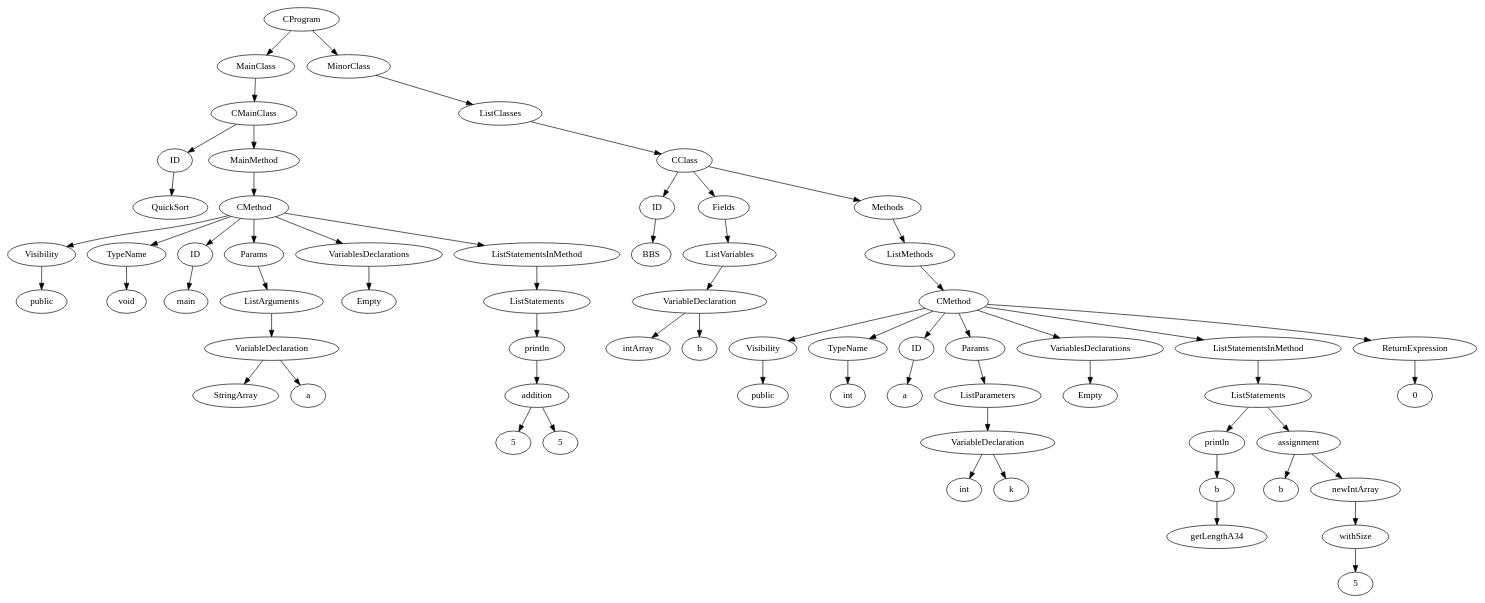
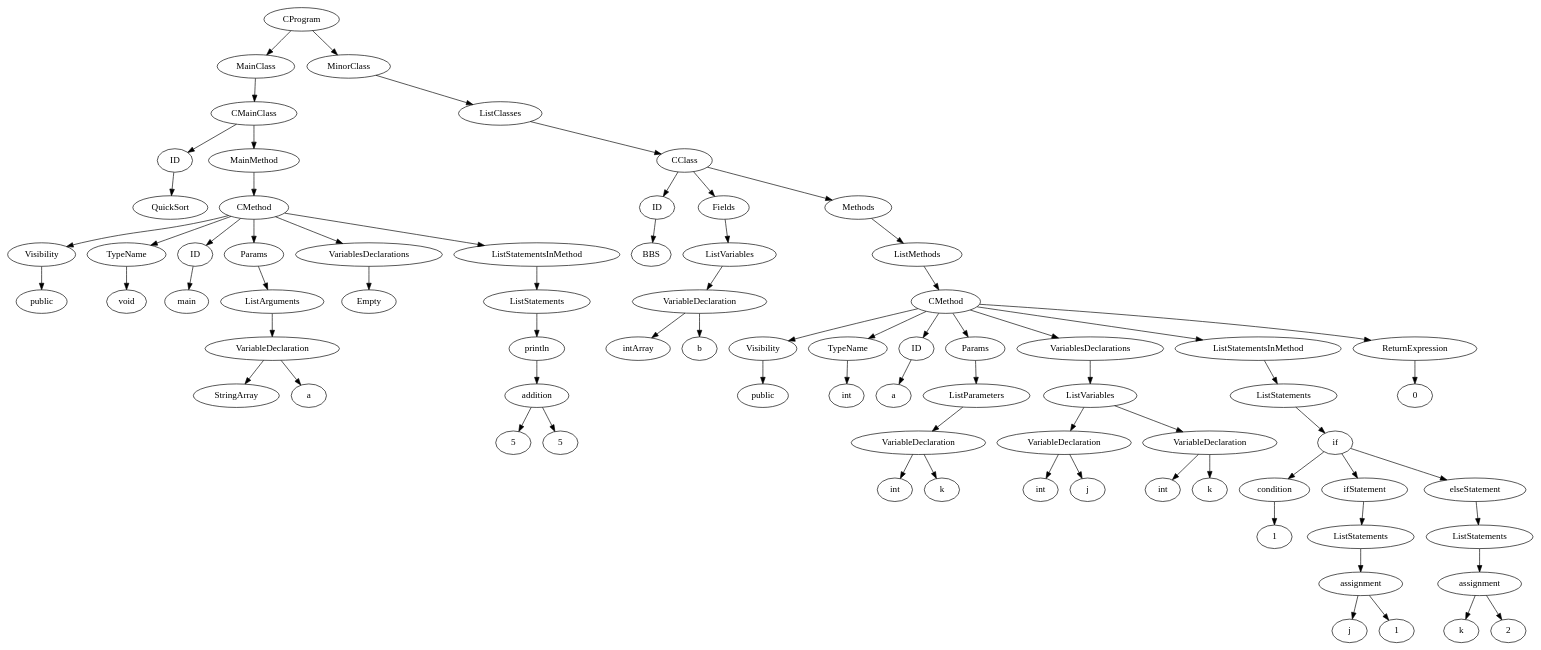
The diagram in graph.dot (krivchnik/ProtivoGaZiK), drawn with Graphviz before and after one commit. The commit also changed 3 other files, not shown here.

```diff
--- a/graph.dot
+++ b/graph.dot
@@ -1,34 +1,41 @@
 digraph task1 {
 	{CProgramA1[label="CProgram"]} -> {MainClassA1[label="MainClass"]} -> {CMainClassA2[label="CMainClass"]} -> {IDA2[label="ID"]} -> {A3[label="QuickSort"]};
 	{CMainClassA2[label="CMainClass"]} -> {MainMethodA2[label="MainMethod"]} -> {CMethodA4[label="CMethod"]} -> {VisibilityA4[label="Visibility"]} -> {publicA4[label="public"]};
 	{CMethodA4[label="CMethod"]} -> {TypeNameA4[label="TypeName"]} -> {voidA4[label="void"]};
 	{CMethodA4[label="CMethod"]} -> {IDA4[label="ID"]} -> {A5[label="main"]};
 	{CMethodA4[label="CMethod"]} -> {ParamsA4[label="Params"]} -> {ListA6[label="ListArguments"]} -> {VariableDeclarationA7[label="VariableDeclaration"]} -> {StringArrayA8[label="StringArray"]};
 	{VariableDeclarationA7[label="VariableDeclaration"]} -> {aA9[label="a"]};
 	{CMethodA4[label="CMethod"]} -> {VariablesDeclarationsA4[label="VariablesDeclarations"]} -> {EmptyA10[label="Empty"]};
 	{CMethodA4[label="CMethod"]} -> {ListStatementsInMethodA4[label="ListStatementsInMethod"]} -> {ListA11[label="ListStatements"]} -> {printlnA12[label="println"]} -> {additionA13[label="addition"]} -> {NumberA14[label="5"]};
 	{additionA13[label="addition"]} -> {NumberA15[label="5"]};
 	{CProgramA1[label="CProgram"]} -> {MinorClassA1[label="MinorClass"]} -> {ListA16[label="ListClasses"]} -> {CClassA17[label="CClass"]} -> {IDA17[label="ID"]} -> {A18[label="BBS"]};
 	{CClassA17[label="CClass"]} -> {FieldsA17[label="Fields"]} -> {ListA19[label="ListVariables"]} -> {VariableDeclarationA20[label="VariableDeclaration"]} -> {intArrayA21[label="intArray"]};
 	{VariableDeclarationA20[label="VariableDeclaration"]} -> {bA22[label="b"]};
 	{CClassA17[label="CClass"]} -> {MethodsA17[label="Methods"]} -> {ListA23[label="ListMethods"]} -> {CMethodA24[label="CMethod"]} -> {VisibilityA24[label="Visibility"]} -> {publicA24[label="public"]};
 	{CMethodA24[label="CMethod"]} -> {TypeNameA24[label="TypeName"]} -> {intA24[label="int"]};
 	{CMethodA24[label="CMethod"]} -> {IDA24[label="ID"]} -> {A25[label="a"]};
 	{CMethodA24[label="CMethod"]} -> {ParamsA24[label="Params"]} -> {ListA26[label="ListParameters"]} -> {VariableDeclarationA27[label="VariableDeclaration"]} -> {intA28[label="int"]};
 	{VariableDeclarationA27[label="VariableDeclaration"]} -> {kA29[label="k"]};
-	{CMethodA24[label="CMethod"]} -> {VariablesDeclarationsA24[label="VariablesDeclarations"]} -> {EmptyA30[label="Empty"]};
-	{CMethodA24[label="CMethod"]} -> {ListStatementsInMethodA24[label="ListStatementsInMethod"]} -> {ListA31[label="ListStatements"]} -> {printlnA32[label="println"]} -> {A34[label="b"]} -> getLengthA34;
-	{ListA31[label="ListStatements"]} -> {assignmentA35[label="assignment"]} -> {A36[label="b"]};
-	{assignmentA35[label="assignment"]} -> {newIntArrayA37[label="newIntArray"]} -> {withSizeA37[label="withSize"]} -> {NumberA38[label="5"]};
-	{CMethodA24[label="CMethod"]} -> {ReturnExpressionA24[label="ReturnExpression"]} -> {NumberA39[label="0"]};
+	{CMethodA24[label="CMethod"]} -> {VariablesDeclarationsA24[label="VariablesDeclarations"]} -> {ListA30[label="ListVariables"]} -> {VariableDeclarationA31[label="VariableDeclaration"]} -> {intA32[label="int"]};
+	{VariableDeclarationA31[label="VariableDeclaration"]} -> {jA33[label="j"]};
+	{ListA30[label="ListVariables"]} -> {VariableDeclarationA34[label="VariableDeclaration"]} -> {intA35[label="int"]};
+	{VariableDeclarationA34[label="VariableDeclaration"]} -> {kA36[label="k"]};
+	{CMethodA24[label="CMethod"]} -> {ListStatementsInMethodA24[label="ListStatementsInMethod"]} -> {ListA37[label="ListStatements"]} -> {ifA38[label="if"]} -> {conditionA38[label="condition"]} -> {BoolA39[label="1"]};
+	{ifA38[label="if"]} -> {ifStatementA38[label="ifStatement"]} -> {ListA40[label="ListStatements"]} -> {assignmentA41[label="assignment"]} -> {A42[label="j"]};
+	{assignmentA41[label="assignment"]} -> {NumberA43[label="1"]};
+	{ifA38[label="if"]} -> {elseStatementA38[label="elseStatement"]} -> {ListA44[label="ListStatements"]} -> {assignmentA45[label="assignment"]} -> {A46[label="k"]};
+	{assignmentA45[label="assignment"]} -> {NumberA47[label="2"]};
+	{CMethodA24[label="CMethod"]} -> {ReturnExpressionA24[label="ReturnExpression"]} -> {NumberA48[label="0"]};
 	{A3[label="QuickSort"]} [shape=box];
 	{A5[label="main"]} [shape=box];
 	{NumberA14[label="5"]} [shape=box];
 	{NumberA15[label="5"]} [shape=box];
 	{A18[label="BBS"]} [shape=box];
 	{A25[label="a"]} [shape=box];
-	{A34[label="b"]} [shape=box];
-	{A36[label="b"]} [shape=box];
-	{NumberA38[label="5"]} [shape=box];
-	{NumberA39[label="0"]} [shape=box];
+	{BoolA39[label="1"]} [shape=box];
+	{A42[label="j"]} [shape=box];
+	{NumberA43[label="1"]} [shape=box];
+	{A46[label="k"]} [shape=box];
+	{NumberA47[label="2"]} [shape=box];
+	{NumberA48[label="0"]} [shape=box];
 }
```
